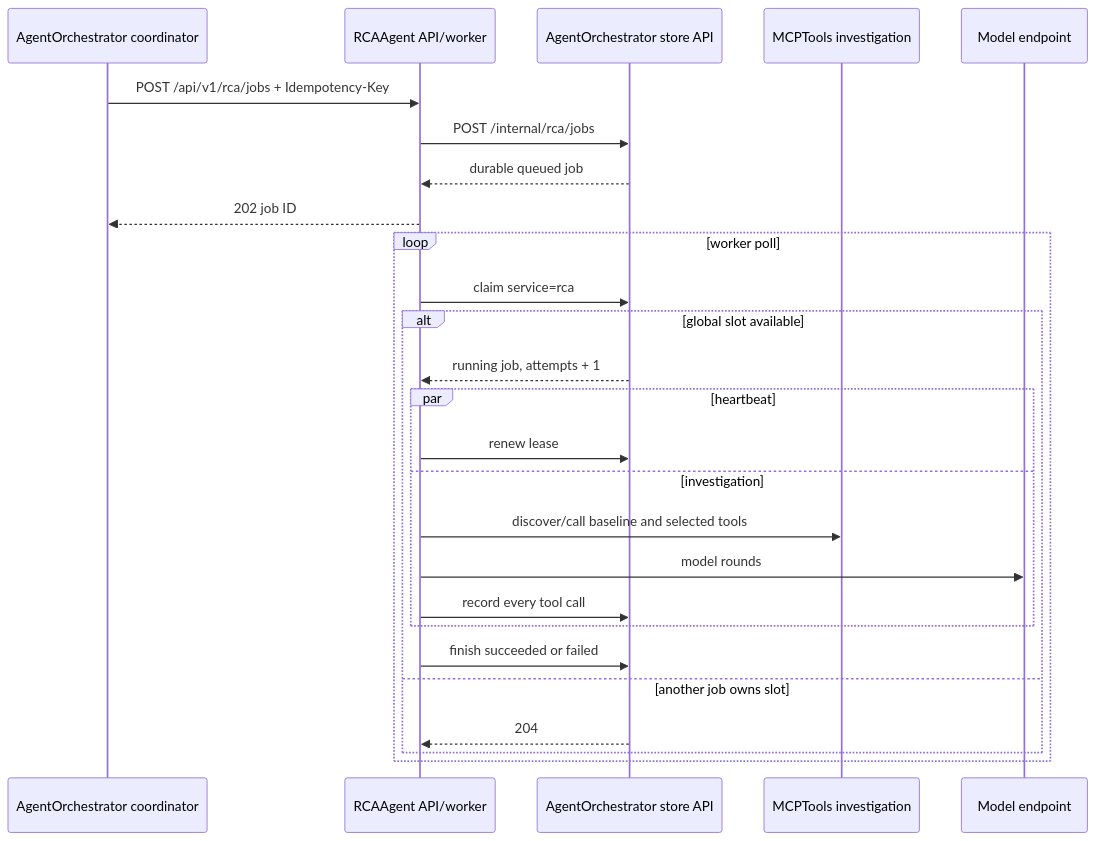
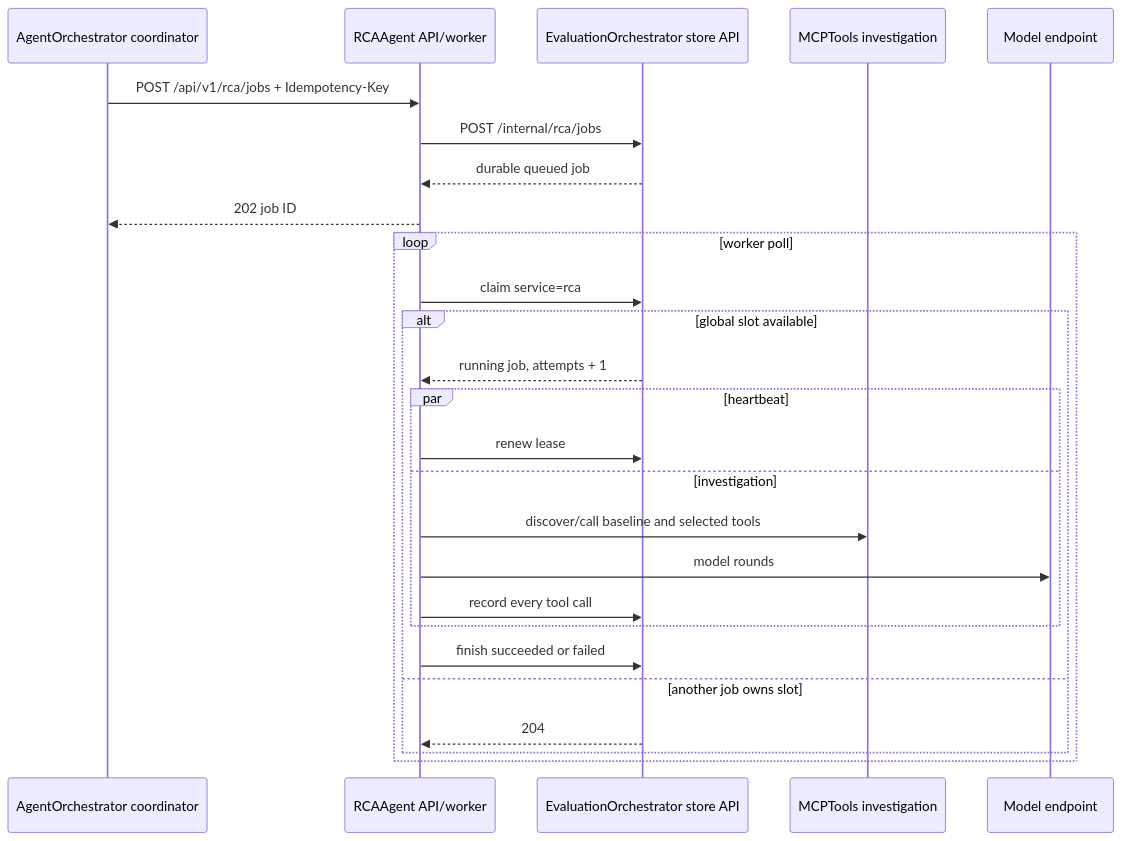
The diagram in Agents/RCAAgent/docs/architecture-and-flow.md (stanleyyoga123/IncidentBench), drawn with Mermaid before and after one commit. The commit also changed other lines of this file and 157 other files, not shown here.

````diff
--- a/Agents/RCAAgent/docs/architecture-and-flow.md
+++ b/Agents/RCAAgent/docs/architecture-and-flow.md
@@ -25,29 +25,29 @@
 ```mermaid
 sequenceDiagram
   participant O as AgentOrchestrator coordinator
   participant A as RCAAgent API/worker
-  participant S as AgentOrchestrator store API
+  participant S as EvaluationOrchestrator store API
   participant M as MCPTools investigation
   participant L as Model endpoint
 
   O->>A: POST /api/v1/rca/jobs + Idempotency-Key
   A->>S: POST /internal/rca/jobs
   S-->>A: durable queued job
   A-->>O: 202 job ID
   loop worker poll
     A->>S: claim service=rca
     alt global slot available
       S-->>A: running job, attempts + 1
       par heartbeat
         A->>S: renew lease
       and investigation
         A->>M: discover/call baseline and selected tools
         A->>L: model rounds
         A->>S: record every tool call
       end
       A->>S: finish succeeded or failed
     else another job owns slot
       S-->>A: 204
     end
   end
 ```
````
